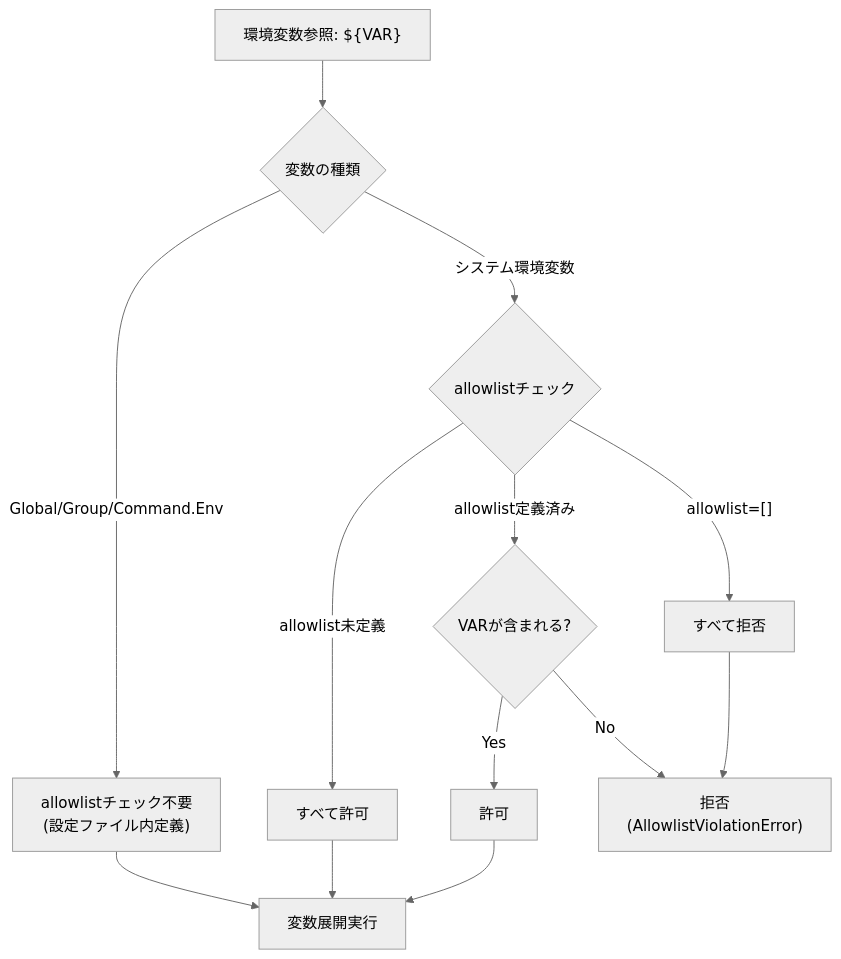
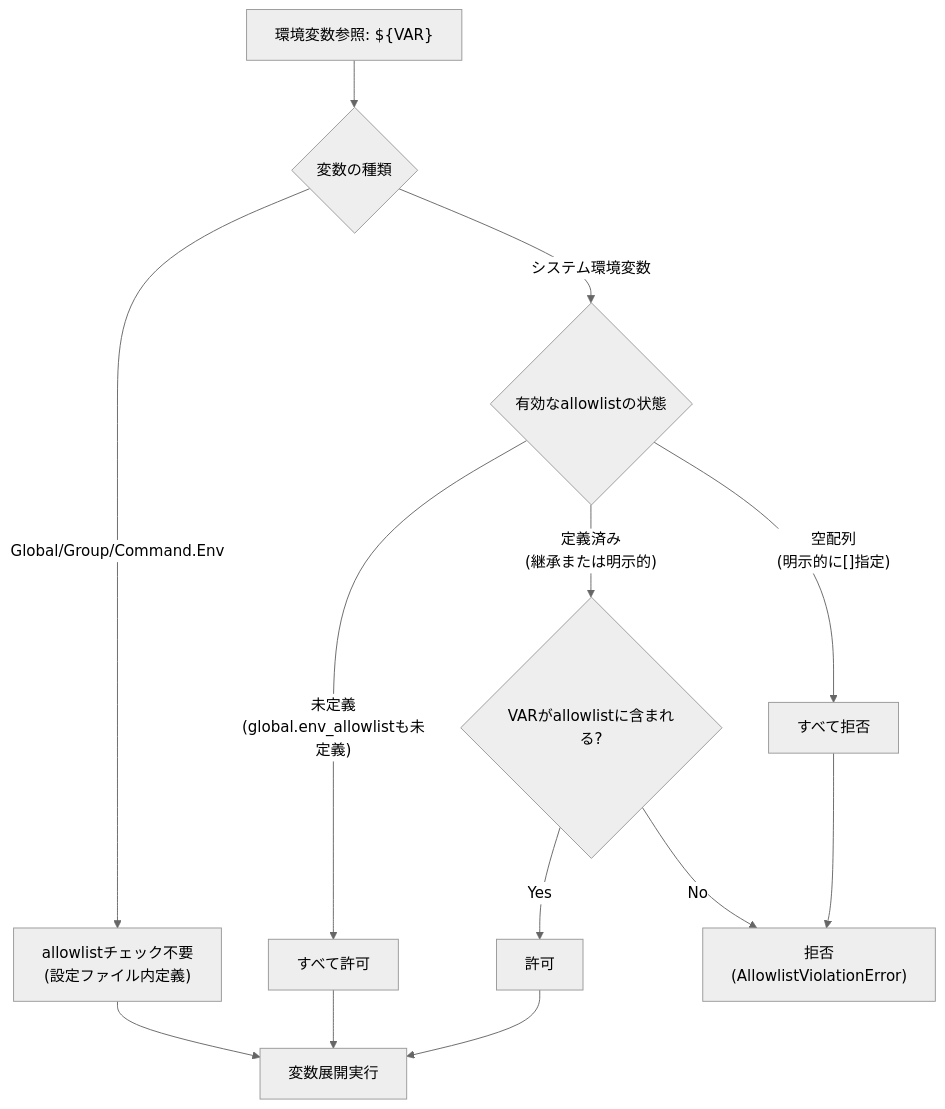
One commit to isseis/go-safe-cmd-runner changed the seventh of 11 diagrams in docs/tasks/0031_global_group_env/02_architecture.md. Above: the diagram before and after it, drawn with Mermaid (neutral theme). The commit also changed other lines of this file, not shown here.

First line of the commit message:
Clarify Group env allowlist validation and effective allowlist rules

````diff
--- a/docs/tasks/0031_global_group_env/02_architecture.md
+++ b/docs/tasks/0031_global_group_env/02_architecture.md
@@ -460,18 +463,18 @@
 ```mermaid
 flowchart TD
     A["環境変数参照: ${VAR}"] --> B{"変数の種類"}
     B -->|"Global/Group/Command.Env"| C["allowlistチェック不要<br>(設定ファイル内定義)"]
-    B -->|"システム環境変数"| D{"allowlistチェック"}
+    B -->|"システム環境変数"| D{"有効なallowlistの状態"}
 
-    D -->|"allowlist未定義"| E["すべて許可"]
-    D -->|"allowlist=[]"| F["すべて拒否"]
-    D -->|"allowlist定義済み"| G{"VARが含まれる?"}
+    D -->|"未定義<br>(global.env_allowlistも未定義)"| E["すべて許可"]
+    D -->|"空配列<br>(明示的に[]指定)"| F["すべて拒否"]
+    D -->|"定義済み<br>(継承または明示的)"| G{"VARがallowlistに含まれる?"}
 
     G -->|"Yes"| H["許可"]
     G -->|"No"| I["拒否<br>(AllowlistViolationError)"]
 
     C --> J["変数展開実行"]
     E --> J
     H --> J
     F --> I
 ```
````
